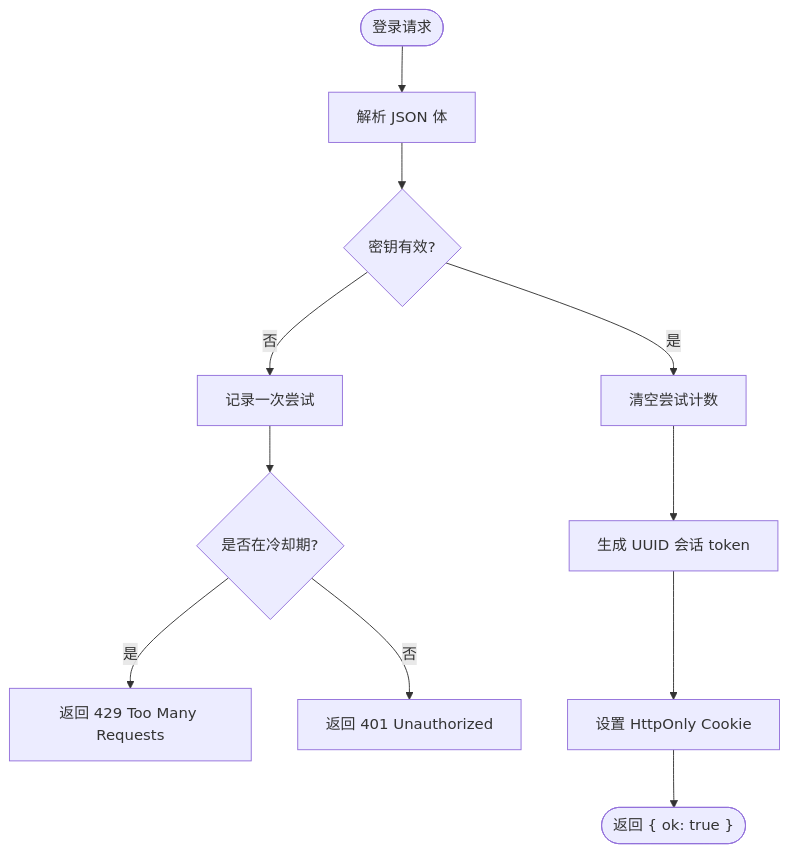
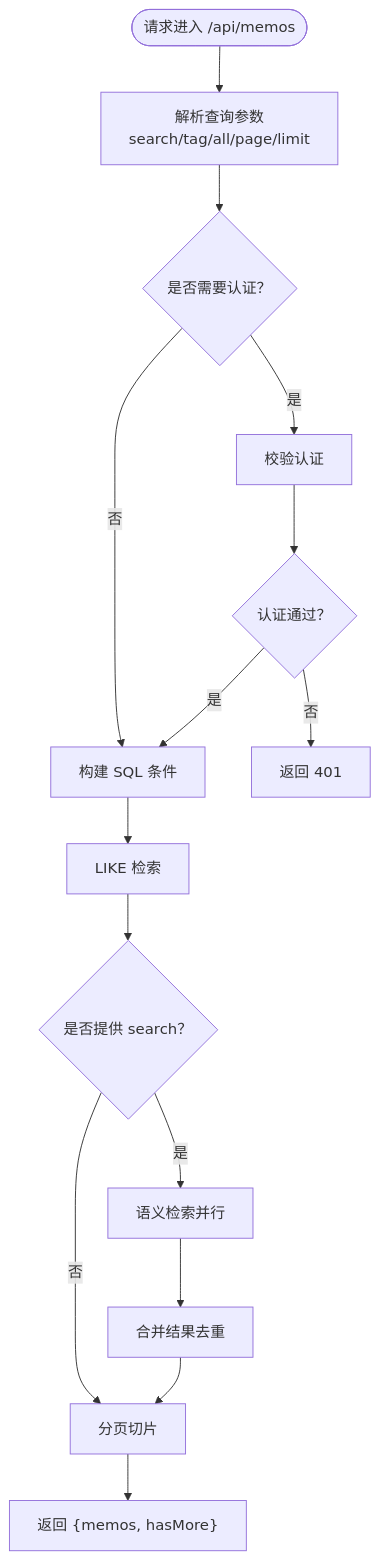
Before and after one commit to BlackBoxRecorder/memos: the fourth of 7 diagrams in .qoder/repowiki/zh/content/故障排除.md, drawn with Mermaid. The commit also changed other lines of this file and 83 other files, not shown here.

````diff
--- a/.qoder/repowiki/zh/content/故障排除.md
+++ b/.qoder/repowiki/zh/content/故障排除.md
@@ -167,11 +197,17 @@
 ```mermaid
 flowchart TD
-Start(["登录请求"]) --> Parse["解析 JSON 体"]
-Parse --> Valid{"密钥有效?"}
-Valid --> |否| Attempt["记录一次尝试"] --> Cooldown{"是否在冷却期?"}
-Cooldown --> |是| TooMany["返回 429 Too Many Requests"]
-Cooldown --> |否| Deny["返回 401 Unauthorized"]
-Valid --> |是| Clear["清空尝试计数"] --> Create["生成 UUID 会话 token"]
-Create --> SetCookie["设置 HttpOnly Cookie"]
-SetCookie --> Done(["返回 { ok: true }"])
+Start(["请求进入 /api/memos"]) --> Parse["解析查询参数<br/>search/tag/all/page/limit"]
+Parse --> Auth{"是否需要认证？"}
+Auth --> |是| CheckAuth["校验认证"]
+Auth --> |否| Build["构建 SQL 条件"]
+CheckAuth --> Allowed{"认证通过？"}
+Allowed --> |否| Return401["返回 401"]
+Allowed --> |是| Build
+Build --> Like["LIKE 检索"]
+Like --> SearchProvided{"是否提供 search？"}
+SearchProvided --> |是| Semantic["语义检索并行"]
+SearchProvided --> |否| Paginate["分页切片"]
+Semantic --> Merge["合并结果去重"]
+Merge --> Paginate
+Paginate --> Return["返回 {memos, hasMore}"]
 ```
````
